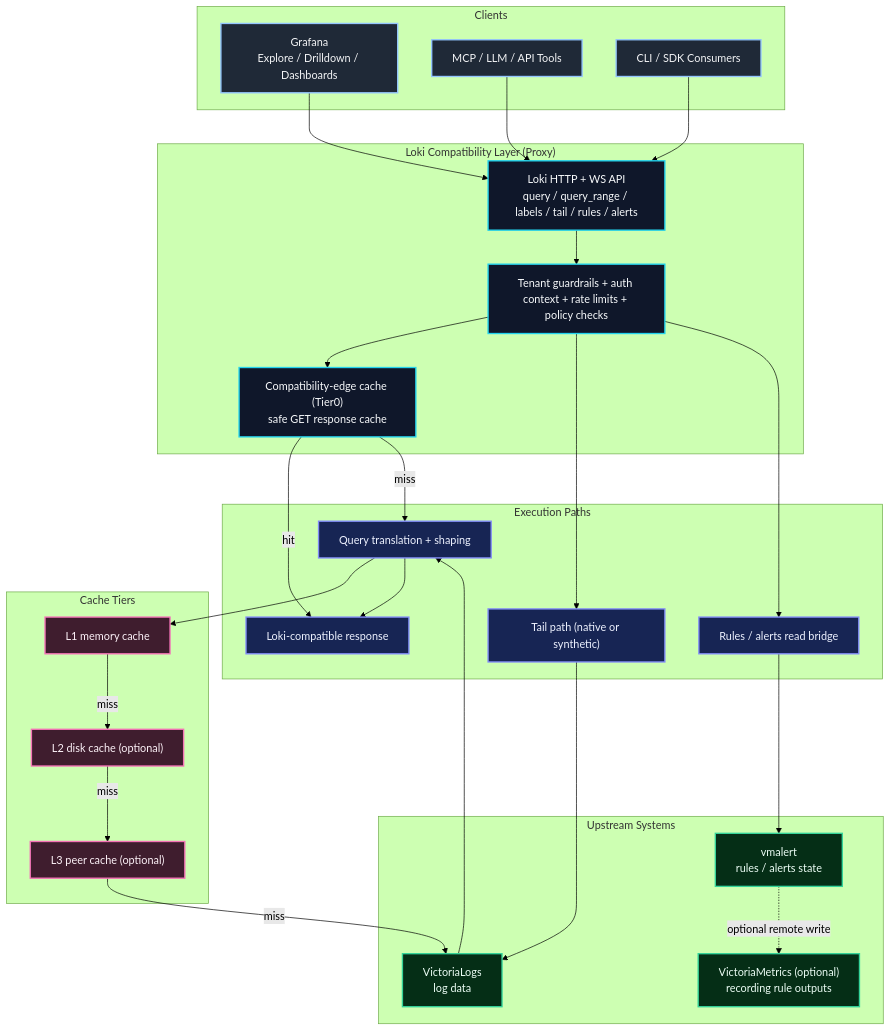
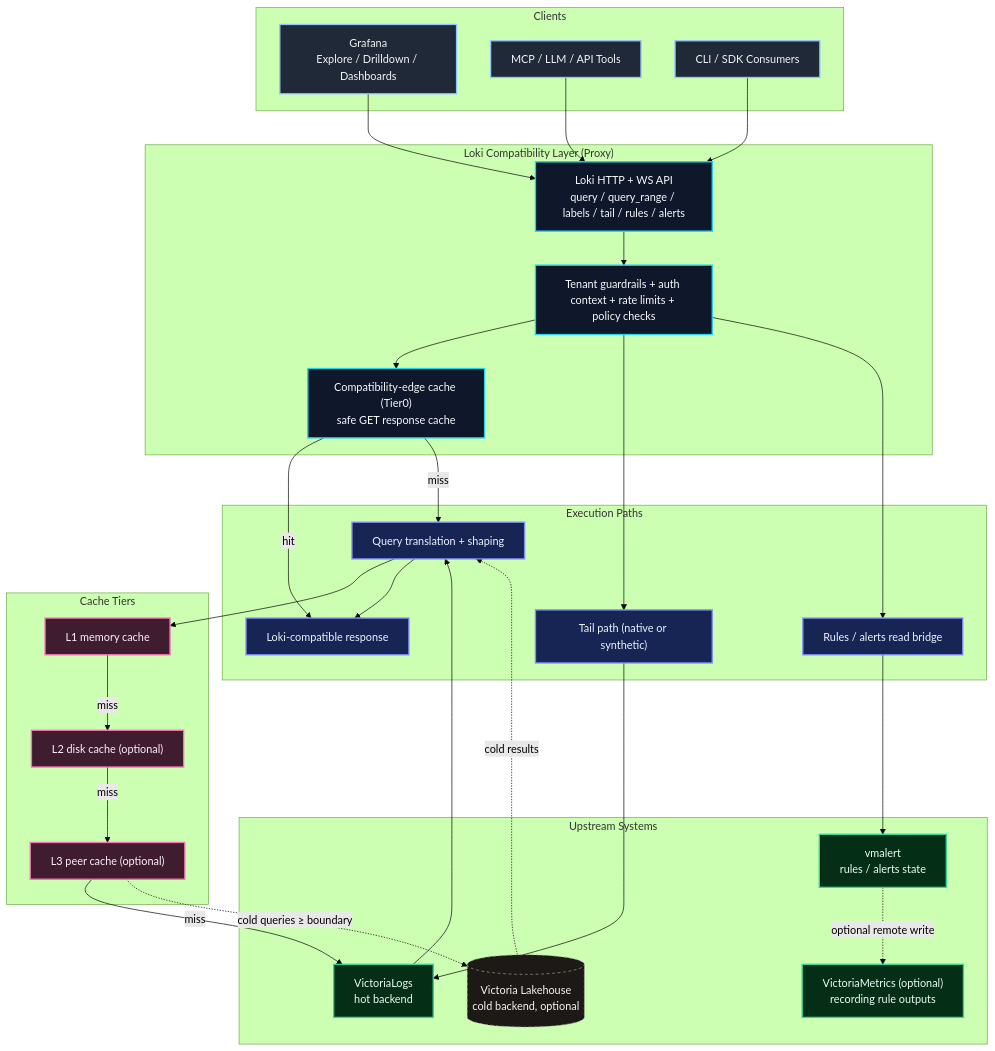
One commit to ReliablyObserve/loki-vl-proxy changed the second of 2 diagrams in README.md. Above: the diagram before and after it, drawn with Mermaid (forest theme). The commit also changed other lines of this file and 3 other files, not shown here.

Commit message:
docs: update README production features, KNOWN_ISSUES resolved items, roadmap open issues

````diff
--- a/README.md
+++ b/README.md
@@ -221,68 +222,73 @@
 ```mermaid
 flowchart TD
     subgraph L1["Clients"]
         G["Grafana<br/>Explore / Drilldown / Dashboards"]
         M["MCP / LLM / API Tools"]
         C["CLI / SDK Consumers"]
     end
 
     subgraph L2["Loki Compatibility Layer (Proxy)"]
         API["Loki HTTP + WS API<br/>query / query_range / labels / tail / rules / alerts"]
         GUARD["Tenant guardrails + auth context + rate limits + policy checks"]
         EDGE["Compatibility-edge cache (Tier0)<br/>safe GET response cache"]
     end
 
     subgraph L3["Execution Paths"]
         Q["Query translation + shaping"]
         T["Tail path (native or synthetic)"]
         R["Rules / alerts read bridge"]
         RESP["Loki-compatible response"]
     end
 
     subgraph L4["Cache Tiers"]
         L1C["L1 memory cache"]
         L2C["L2 disk cache (optional)"]
         L3C["L3 peer cache (optional)"]
     end
 
     subgraph L5["Upstream Systems"]
-        VL["VictoriaLogs<br/>log data"]
+        VL["VictoriaLogs<br/>hot backend"]
+        Lakehouse[("Victoria Lakehouse<br/>cold backend, optional")]
         VMA["vmalert<br/>rules / alerts state"]
         VM["VictoriaMetrics (optional)<br/>recording rule outputs"]
     end
 
     G --> API
     M --> API
     C --> API
 
     API --> GUARD
     GUARD --> EDGE
     EDGE -->|hit| RESP
     EDGE -->|miss| Q
 
     GUARD --> T
     GUARD --> R
 
     Q --> L1C
     L1C -->|miss| L2C
     L2C -->|miss| L3C
     L3C -->|miss| VL
+    L3C -. cold queries ≥ boundary .-> Lakehouse
     VL --> Q
+    Lakehouse -. cold results .-> Q
     Q --> RESP
 
     T --> VL
     R --> VMA
     VMA -. optional remote write .-> VM
 
     classDef client fill:#1f2937,stroke:#93c5fd,color:#f3f4f6,stroke-width:2px;
     classDef api fill:#0f172a,stroke:#22d3ee,color:#f8fafc,stroke-width:2px;
     classDef exec fill:#172554,stroke:#818cf8,color:#eef2ff,stroke-width:2px;
     classDef cache fill:#3f1d2e,stroke:#f472b6,color:#fdf2f8,stroke-width:2px;
     classDef upstream fill:#052e16,stroke:#34d399,color:#ecfdf5,stroke-width:2px;
+    classDef cold fill:#1c1917,stroke:#a8a29e,color:#f5f5f4,stroke-width:1px,stroke-dasharray:4 4;
 
     class G,M,C client;
     class API,GUARD,EDGE api;
     class Q,T,R,RESP exec;
     class L1C,L2C,L3C cache;
     class VL,VMA,VM upstream;
+    class Lakehouse cold;
 ```
````
